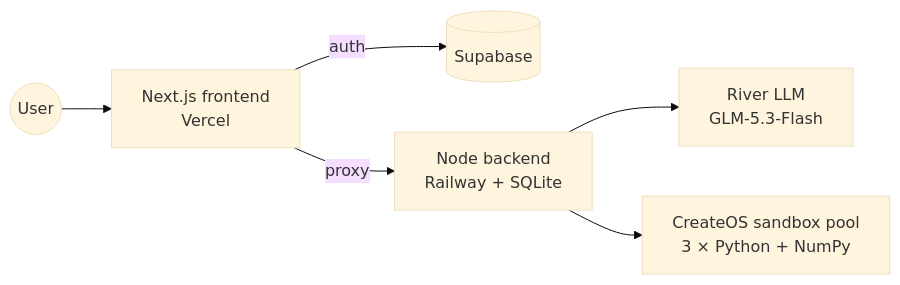
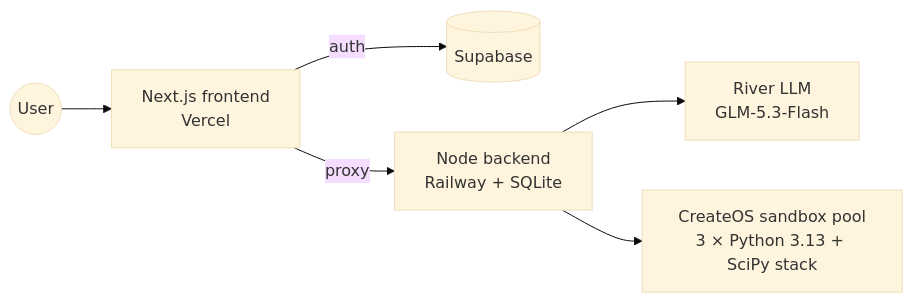
The second of 2 diagrams in README.md (birukabza/trace), drawn with Mermaid (base theme) before and after one commit. The commit also changed other lines of this file and 12 other files, not shown here.

````diff
--- a/README.md
+++ b/README.md
@@ -48,8 +48,8 @@
 ```mermaid
 flowchart LR
     U((User)) --> FE["Next.js frontend<br/>Vercel"]
     FE -- auth --> SB[(Supabase)]
     FE -- proxy --> BE["Node backend<br/>Railway + SQLite"]
     BE --> RV["River LLM<br/>GLM-5.3-Flash"]
-    BE --> CO["CreateOS sandbox pool<br/>3 × Python + NumPy"]
+    BE --> CO["CreateOS sandbox pool<br/>3 × Python 3.13 + SciPy stack"]
 ```
````
